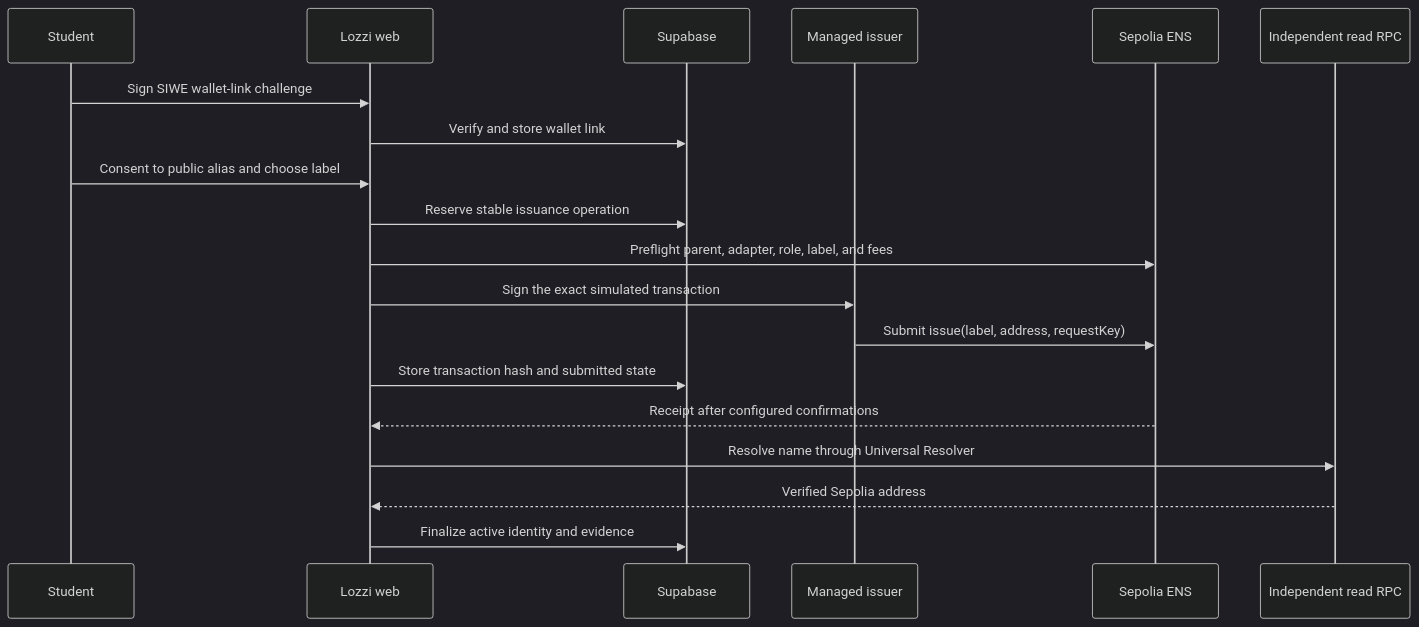
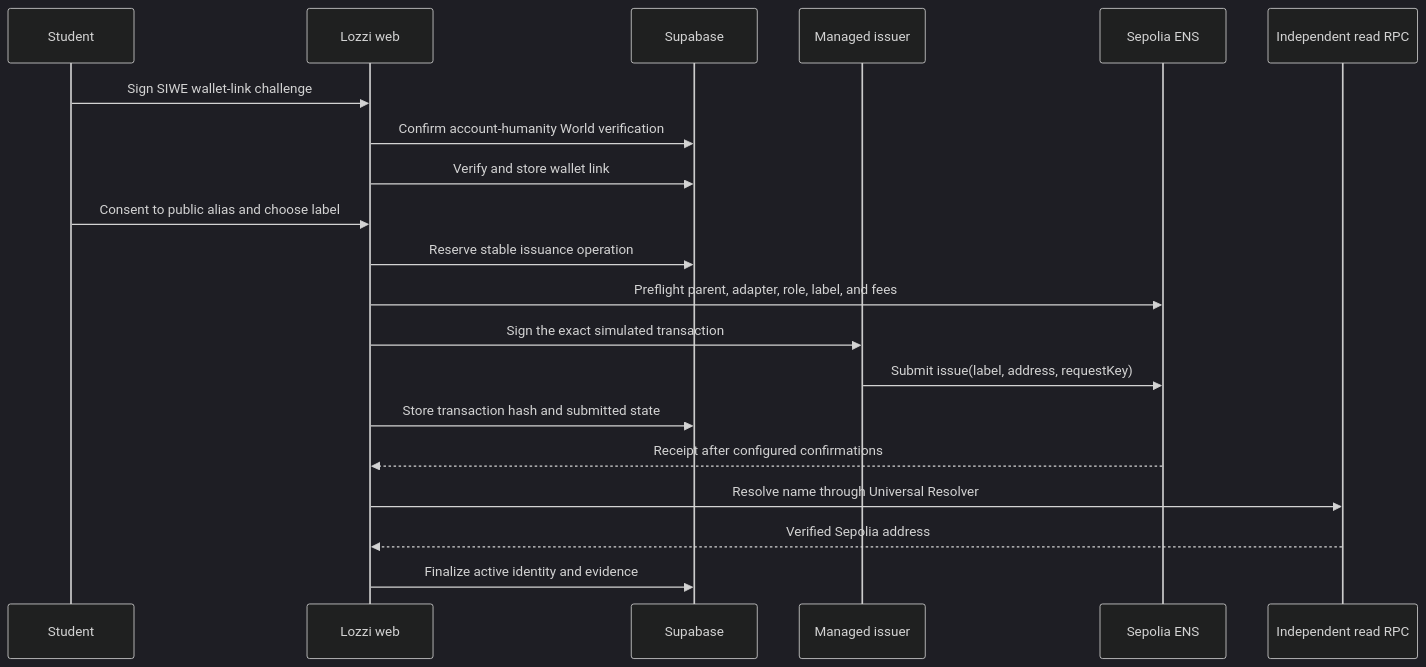
Before and after one commit to DavidE008/Lozzi: the diagram in docs/integrations/ens-real-integration-plan.md, drawn with Mermaid (dark theme). The commit also changed other lines of this file and 7 other files, not shown here.

````diff
--- a/docs/integrations/ens-real-integration-plan.md
+++ b/docs/integrations/ens-real-integration-plan.md
@@ -128,22 +130,23 @@
 ```mermaid
 sequenceDiagram
     participant Student
     participant Web as Lozzi web
     participant DB as Supabase
     participant Signer as Managed issuer
     participant ENS as Sepolia ENS
     participant Read as Independent read RPC
 
     Student->>Web: Sign SIWE wallet-link challenge
+    Web->>DB: Confirm account-humanity World verification
     Web->>DB: Verify and store wallet link
     Student->>Web: Consent to public alias and choose label
     Web->>DB: Reserve stable issuance operation
     Web->>ENS: Preflight parent, adapter, role, label, and fees
     Web->>Signer: Sign the exact simulated transaction
     Signer->>ENS: Submit issue(label, address, requestKey)
     Web->>DB: Store transaction hash and submitted state
     ENS-->>Web: Receipt after configured confirmations
     Web->>Read: Resolve name through Universal Resolver
     Read-->>Web: Verified Sepolia address
     Web->>DB: Finalize active identity and evidence
 ```
````
